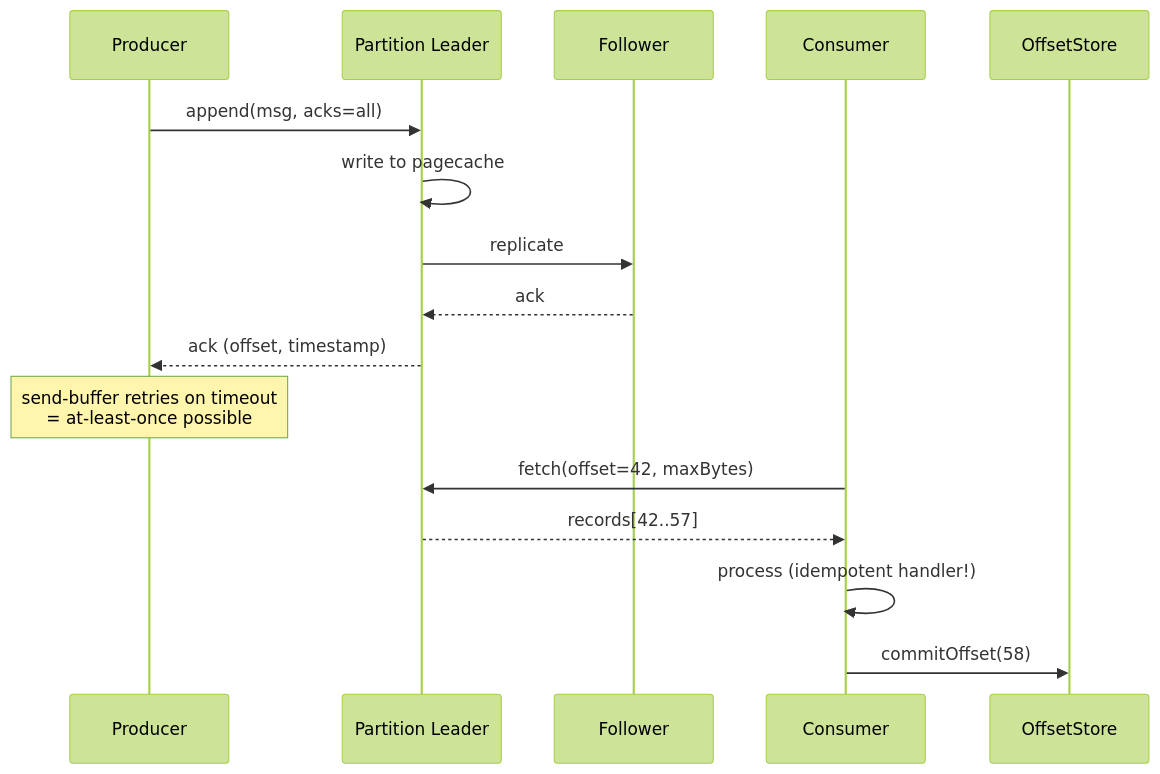
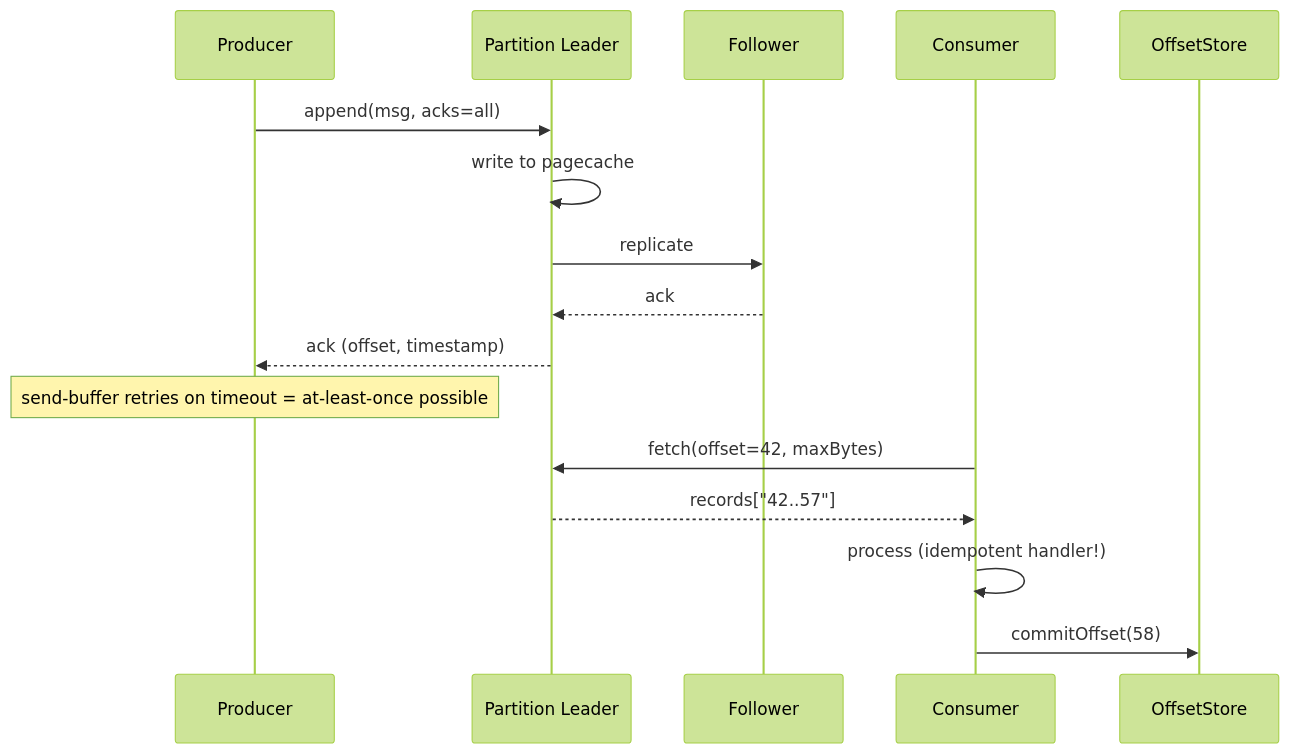
Before and after one commit to iamitgupta/system-design-LLD-basic: diagram 16 of 36 in Readme.md, drawn with Mermaid (forest theme). The commit also changed other lines of this file, not shown here.

````diff
--- a/Readme.md
+++ b/Readme.md
@@ -1603,19 +1605,19 @@
 ```mermaid
 sequenceDiagram
-    participant P as Producer
-    participant L as Partition Leader
-    participant F as Follower
-    participant C as Consumer
-    participant O as OffsetStore
+ participant P as Producer
+ participant L as Partition Leader
+ participant F as Follower
+ participant C as Consumer
+ participant O as OffsetStore
 
-    P->>L: append(msg, acks=all)
-    L->>L: write to pagecache
-    L->>F: replicate
-    F-->>L: ack
-    L-->>P: ack (offset, timestamp)
-    Note over P: send-buffer retries on timeout<br/>= at-least-once possible
-    C->>L: fetch(offset=42, maxBytes)
-    L-->>C: records[42..57]
-    C->>C: process (idempotent handler!)
-    C->>O: commitOffset(58)
+ P->>L: append(msg, acks=all)
+ L->>L: write to pagecache
+ L->>F: replicate
+ F-->>L: ack
+ L-->>P: ack (offset, timestamp)
+ Note over P: send-buffer retries on timeout = at-least-once possible
+ C->>L: fetch(offset=42, maxBytes)
+ L-->>C: records["42..57"]
+ C->>C: process (idempotent handler!)
+ C->>O: commitOffset(58)
 ```
````
